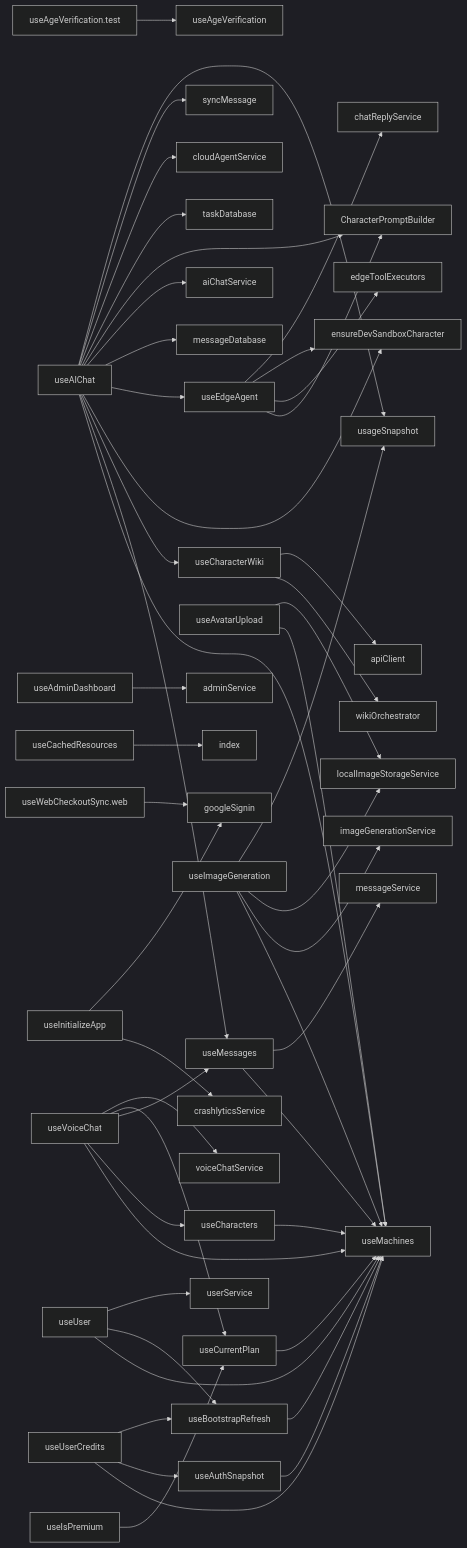
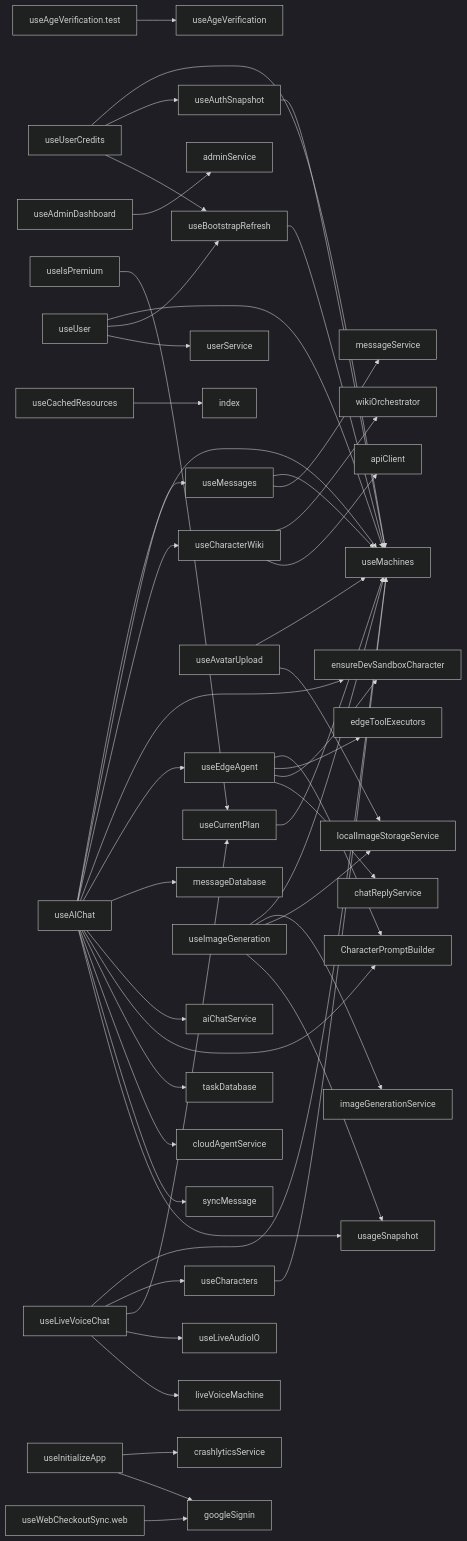
One commit to equationalapplications/clanker changed the diagram in docs/flowcharts/HOOKS.md. Above: the diagram before and after it, drawn with Mermaid (dark theme). The commit also changed 1 other file, not shown here.

Commit message:
docs(charts): update hook and machine flowcharts for live voice chat

````diff
--- a/docs/flowcharts/HOOKS.md
+++ b/docs/flowcharts/HOOKS.md
@@ -4,51 +4,51 @@
 ```mermaid
 graph LR
   useAgeVerification.test --> useAgeVerification
   useAIChat --> useMachines
   useAIChat --> useMessages
   useAIChat --> useCharacterWiki
   useAIChat --> ensureDevSandboxCharacter
   useAIChat --> useEdgeAgent
   useAIChat --> messageDatabase
   useAIChat --> aiChatService
   useAIChat --> CharacterPromptBuilder
   useAIChat --> taskDatabase
   useAIChat --> cloudAgentService
   useAIChat --> syncMessage
   useAIChat --> usageSnapshot
   useAdminDashboard --> adminService
   useAuthSnapshot --> useMachines
   useAvatarUpload --> useMachines
   useAvatarUpload --> localImageStorageService
   useBootstrapRefresh --> useMachines
   useCachedResources --> index
   useCharacterWiki --> wikiOrchestrator
   useCharacterWiki --> apiClient
   useCharacters --> useMachines
   useCurrentPlan --> useMachines
   useEdgeAgent --> CharacterPromptBuilder
   useEdgeAgent --> edgeToolExecutors
   useEdgeAgent --> ensureDevSandboxCharacter
   useEdgeAgent --> chatReplyService
   useImageGeneration --> useMachines
   useImageGeneration --> imageGenerationService
   useImageGeneration --> localImageStorageService
   useImageGeneration --> usageSnapshot
   useInitializeApp --> crashlyticsService
   useInitializeApp --> googleSignin
   useIsPremium --> useCurrentPlan
+  useLiveVoiceChat --> useMachines
+  useLiveVoiceChat --> useCharacters
+  useLiveVoiceChat --> useCurrentPlan
+  useLiveVoiceChat --> useLiveAudioIO
+  useLiveVoiceChat --> liveVoiceMachine
   useMessages --> useMachines
   useMessages --> messageService
   useUser --> useMachines
   useUser --> useBootstrapRefresh
   useUser --> userService
   useUserCredits --> useMachines
   useUserCredits --> useAuthSnapshot
   useUserCredits --> useBootstrapRefresh
-  useVoiceChat --> useMachines
-  useVoiceChat --> useCharacters
-  useVoiceChat --> useMessages
-  useVoiceChat --> useCurrentPlan
-  useVoiceChat --> voiceChatService
   useWebCheckoutSync.web --> googleSignin
 ```
````
